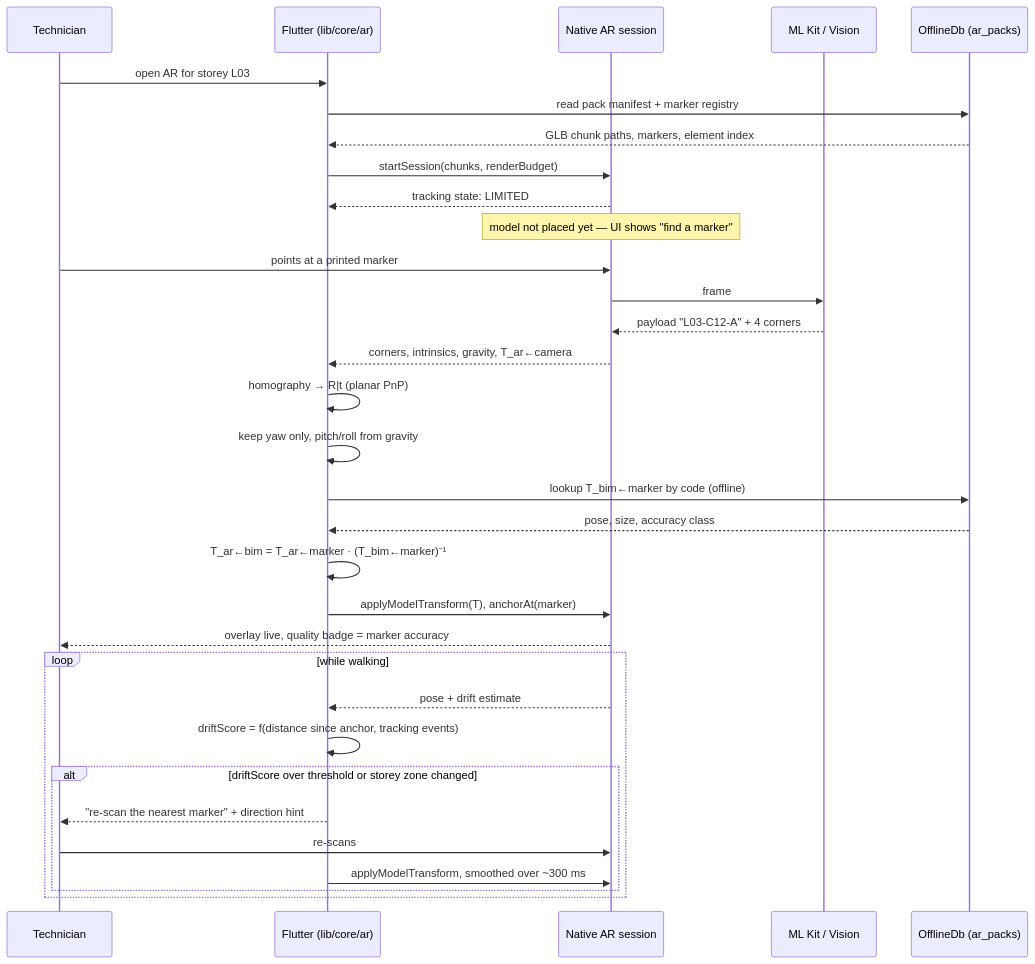
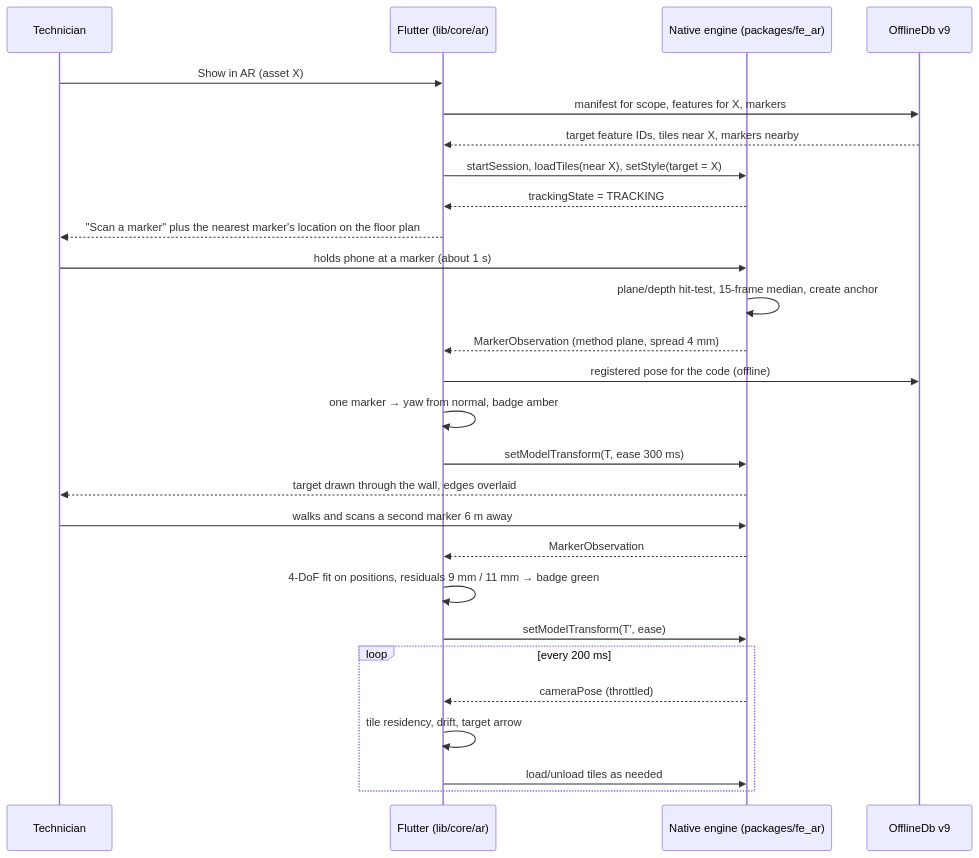
One commit to ManivasagamP/tech_portal changed the second of 6 diagrams in docs/ar-bim-overlay.md. Above: the diagram before and after it, drawn with Mermaid. The commit also changed other lines of this file and 2 other files, not shown here.

First line of the commit message:
docs: AR plan v3 — native on Android, iPhone and iPad

````diff
--- a/docs/ar-bim-overlay.md
+++ b/docs/ar-bim-overlay.md
@@ -142,35 +266,30 @@
 ```mermaid
 sequenceDiagram
   participant U as Technician
   participant F as Flutter (lib/core/ar)
-  participant N as Native AR session
-  participant D as ML Kit / Vision
-  participant DB as OfflineDb (ar_packs)
+  participant N as Native engine (packages/fe_ar)
+  participant DB as OfflineDb v9
 
-  U->>F: open AR for storey L03
-  F->>DB: read pack manifest + marker registry
-  DB-->>F: GLB chunk paths, markers, element index
-  F->>N: startSession(chunks, renderBudget)
-  N-->>F: tracking state: LIMITED
-  Note over N: model not placed yet — UI shows "find a marker"
-  U->>N: points at a printed marker
-  N->>D: frame
-  D-->>N: payload "L03-C12-A" + 4 corners
-  N-->>F: corners, intrinsics, gravity, T_ar←camera
-  F->>F: homography → R|t (planar PnP)
-  F->>F: keep yaw only, pitch/roll from gravity
-  F->>DB: lookup T_bim←marker by code (offline)
-  DB-->>F: pose, size, accuracy class
-  F->>F: T_ar←bim = T_ar←marker · (T_bim←marker)⁻¹
-  F->>N: applyModelTransform(T), anchorAt(marker)
-  N-->>U: overlay live, quality badge = marker accuracy
-  loop while walking
-    N-->>F: pose + drift estimate
-    F->>F: driftScore = f(distance since anchor, tracking events)
-    alt driftScore over threshold or storey zone changed
-      F-->>U: "re-scan the nearest marker" + direction hint
-      U->>N: re-scans
-      F->>N: applyModelTransform, smoothed over ~300 ms
-    end
+  U->>F: Show in AR (asset X)
+  F->>DB: manifest for scope, features for X, markers
+  DB-->>F: target feature IDs, tiles near X, markers nearby
+  F->>N: startSession, loadTiles(near X), setStyle(target = X)
+  N-->>F: trackingState = TRACKING
+  F-->>U: "Scan a marker" plus the nearest marker's location on the floor plan
+  U->>N: holds phone at a marker (about 1 s)
+  N->>N: plane/depth hit-test, 15-frame median, create anchor
+  N-->>F: MarkerObservation (method plane, spread 4 mm)
+  F->>DB: registered pose for the code (offline)
+  F->>F: one marker → yaw from normal, badge amber
+  F->>N: setModelTransform(T, ease 300 ms)
+  N-->>U: target drawn through the wall, edges overlaid
+  U->>N: walks and scans a second marker 6 m away
+  N-->>F: MarkerObservation
+  F->>F: 4-DoF fit on positions, residuals 9 mm / 11 mm → badge green
+  F->>N: setModelTransform(T′, ease)
+  loop every 200 ms
+    N-->>F: cameraPose (throttled)
+    F->>F: tile residency, drift, target arrow
+    F->>N: load/unload tiles as needed
   end
 ```
````
